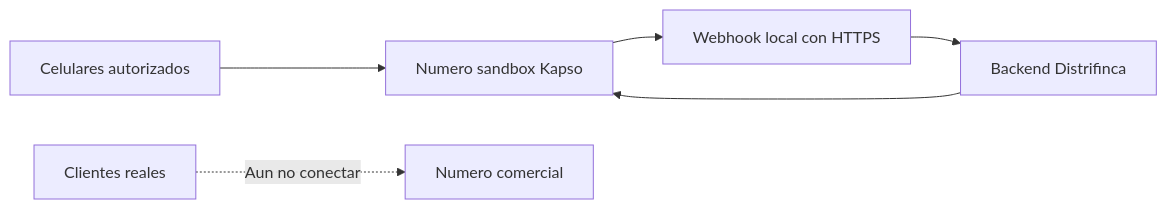
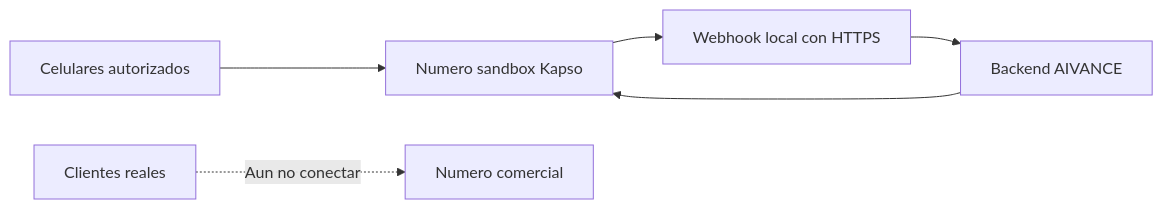
The diagram in docs/kapso-migration.md (FGomezOspina/whatssappAI), drawn with Mermaid before and after one commit. The commit also changed other lines of this file and 36 other files, not shown here.

````diff
--- a/docs/kapso-migration.md
+++ b/docs/kapso-migration.md
@@ -19,8 +19,8 @@
 ```mermaid
 flowchart LR
   A["Celulares autorizados"] --> B["Numero sandbox Kapso"]
   B --> C["Webhook local con HTTPS"]
-  C --> D["Backend Distrifinca"]
+  C --> D["Backend AIVANCE"]
   D --> B
   E["Clientes reales"] -. "Aun no conectar" .-> F["Numero comercial"]
 ```
````
